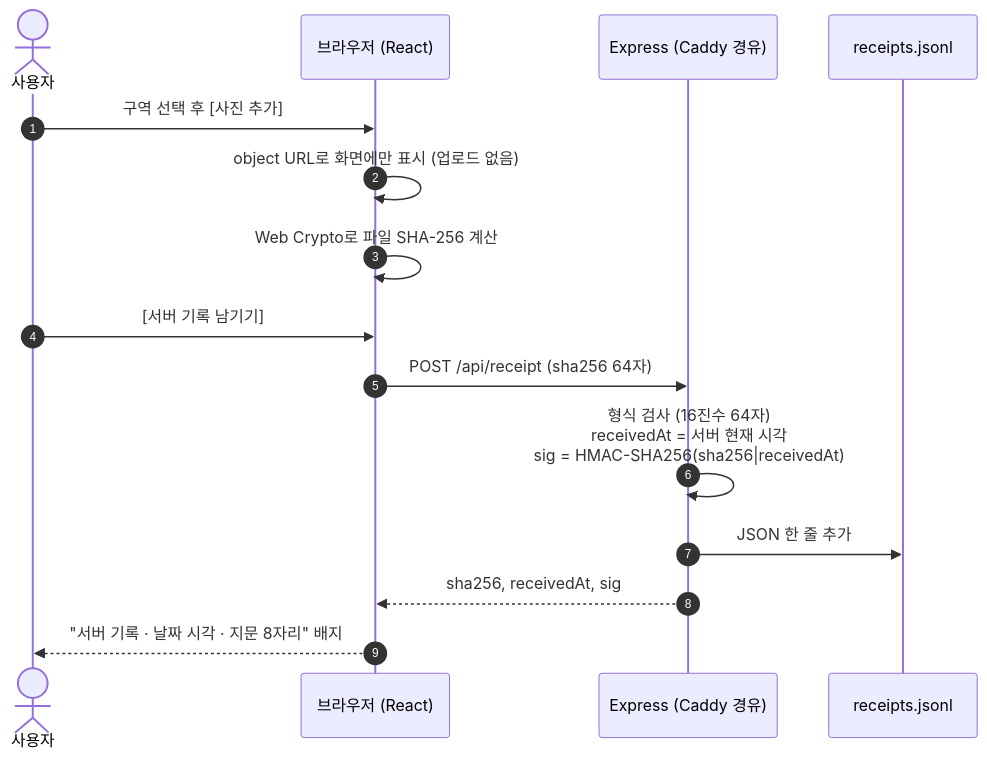
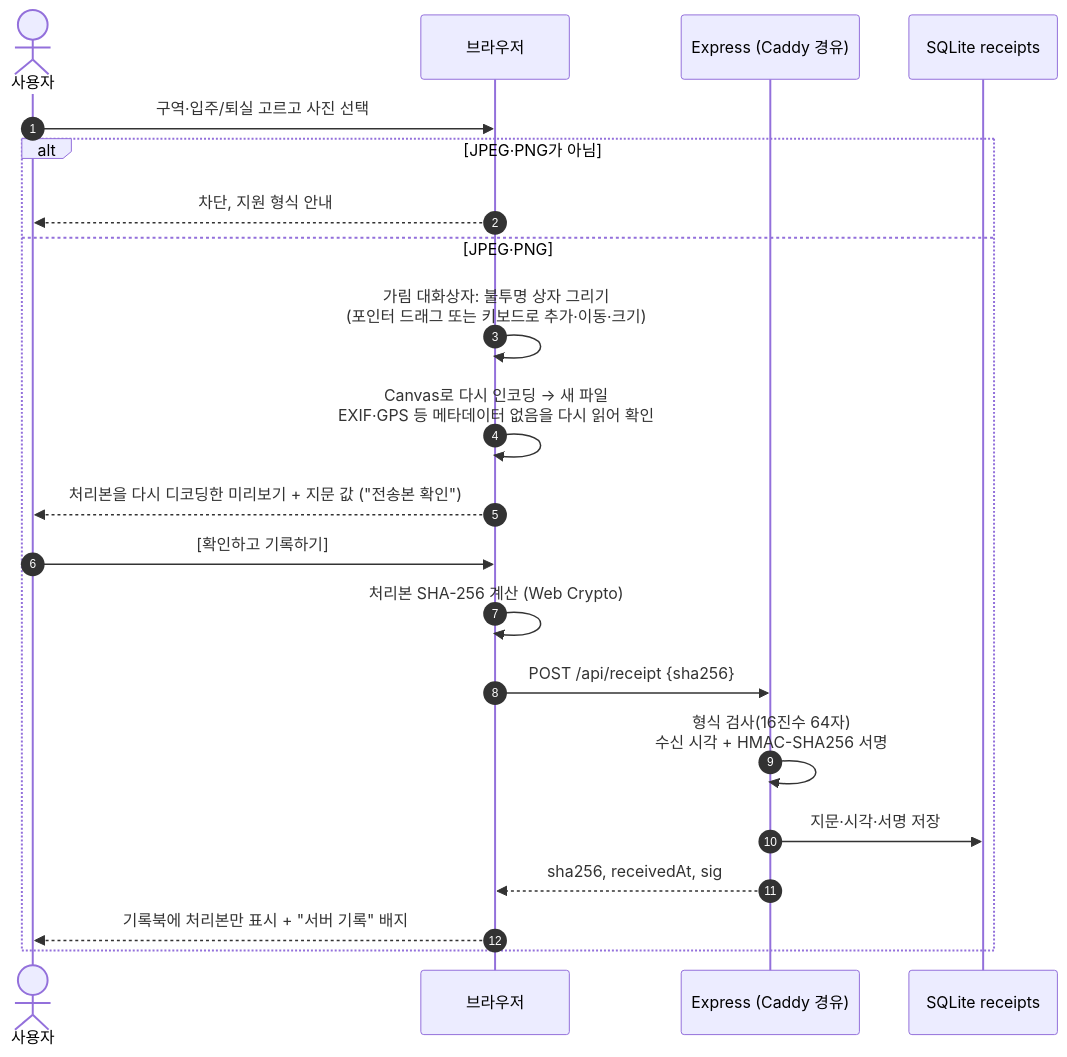
Before and after one commit to a1paka12/AIBuilder_Challenge: the third of 6 diagrams in docs/ARCHITECTURE.md, drawn with Mermaid. The commit also changed other lines of this file and 82 other files, not shown here.

````diff
--- a/docs/ARCHITECTURE.md
+++ b/docs/ARCHITECTURE.md
@@ -82,18 +104,24 @@
 ```mermaid
 sequenceDiagram
     autonumber
     actor U as 사용자
-    participant B as 브라우저 (React)
+    participant B as 브라우저
     participant S as Express (Caddy 경유)
-    participant F as receipts.jsonl
+    participant D as SQLite receipts
 
-    U->>B: 구역 선택 후 [사진 추가]
-    B->>B: object URL로 화면에만 표시 (업로드 없음)
-    B->>B: Web Crypto로 파일 SHA-256 계산
-    U->>B: [서버 기록 남기기]
-    B->>S: POST /api/receipt (sha256 64자)
-    S->>S: 형식 검사 (16진수 64자)<br/>receivedAt = 서버 현재 시각<br/>sig = HMAC-SHA256(sha256|receivedAt)
-    S->>F: JSON 한 줄 추가
-    S-->>B: sha256, receivedAt, sig
-    B-->>U: "서버 기록 · 날짜 시각 · 지문 8자리" 배지
+    U->>B: 구역·입주/퇴실 고르고 사진 선택
+    alt JPEG·PNG가 아님
+        B-->>U: 차단, 지원 형식 안내
+    else JPEG·PNG
+        B->>B: 가림 대화상자: 불투명 상자 그리기<br/>(포인터 드래그 또는 키보드로 추가·이동·크기)
+        B->>B: Canvas로 다시 인코딩 → 새 파일<br/>EXIF·GPS 등 메타데이터 없음을 다시 읽어 확인
+        B-->>U: 처리본을 다시 디코딩한 미리보기 + 지문 값 ("전송본 확인")
+        U->>B: [확인하고 기록하기]
+        B->>B: 처리본 SHA-256 계산 (Web Crypto)
+        B->>S: POST /api/receipt {sha256}
+        S->>S: 형식 검사(16진수 64자)<br/>수신 시각 + HMAC-SHA256 서명
+        S->>D: 지문·시각·서명 저장
+        S-->>B: sha256, receivedAt, sig
+        B-->>U: 기록북에 처리본만 표시 + "서버 기록" 배지
+    end
 ```
````
